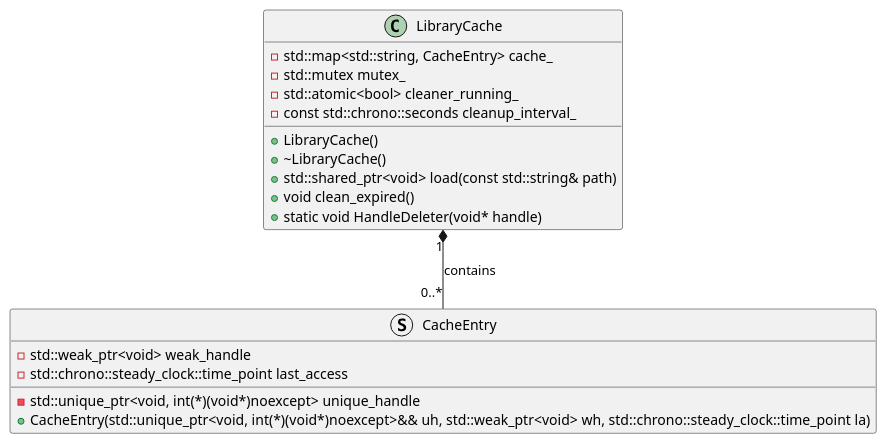
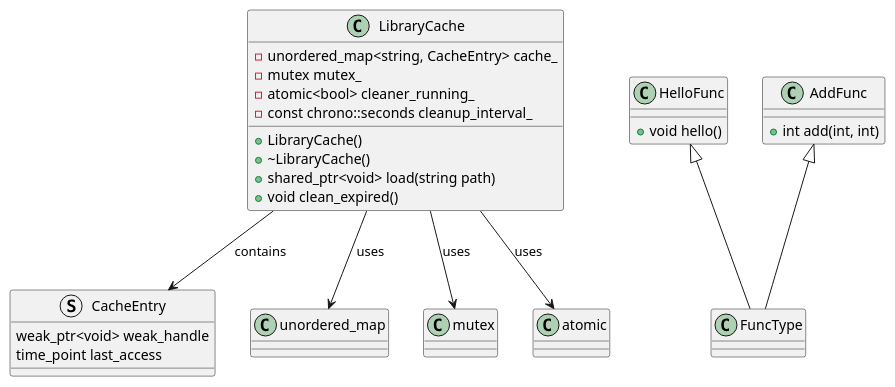
One commit to greenhandzdl/others changed the diagram in CPP/lib/ClassD.pu. Above: the diagram before and after it, drawn with PlantUML. The commit also changed 4 other files, not shown here.

```diff
--- a/CPP/lib/ClassD.pu
+++ b/CPP/lib/ClassD.pu
@@ -1,22 +1,33 @@
 @startuml
 class LibraryCache {
-  -std::map<std::string, CacheEntry> cache_
-  -std::mutex mutex_
-  -std::atomic<bool> cleaner_running_
-  -const std::chrono::seconds cleanup_interval_
-  +LibraryCache()
-  +~LibraryCache()
-  +std::shared_ptr<void> load(const std::string& path)
-  +void clean_expired()
-  +static void HandleDeleter(void* handle)
+    - unordered_map<string, CacheEntry> cache_
+    - mutex mutex_
+    - atomic<bool> cleaner_running_
+    - const chrono::seconds cleanup_interval_
+
+    + LibraryCache()
+    + ~LibraryCache()
+    + shared_ptr<void> load(string path)
+    + void clean_expired()
 }
 
 struct CacheEntry {
-    -std::unique_ptr<void, int(*)(void*)noexcept> unique_handle
-    -std::weak_ptr<void> weak_handle
-    -std::chrono::steady_clock::time_point last_access
-    +CacheEntry(std::unique_ptr<void, int(*)(void*)noexcept>&& uh, std::weak_ptr<void> wh, std::chrono::steady_clock::time_point la)
-  }
+        weak_ptr<void> weak_handle
+        time_point last_access
+}
+class HelloFunc {
+    + void hello()
+}
 
-LibraryCache "1" *-- "0..*" CacheEntry : contains
+class AddFunc {
+    + int add(int, int)
+}
+
+LibraryCache --> CacheEntry : contains
+LibraryCache --> unordered_map : uses
+LibraryCache --> mutex : uses
+LibraryCache --> atomic : uses
+HelloFunc <|-- FuncType
+AddFunc <|-- FuncType
+
 @enduml
```
